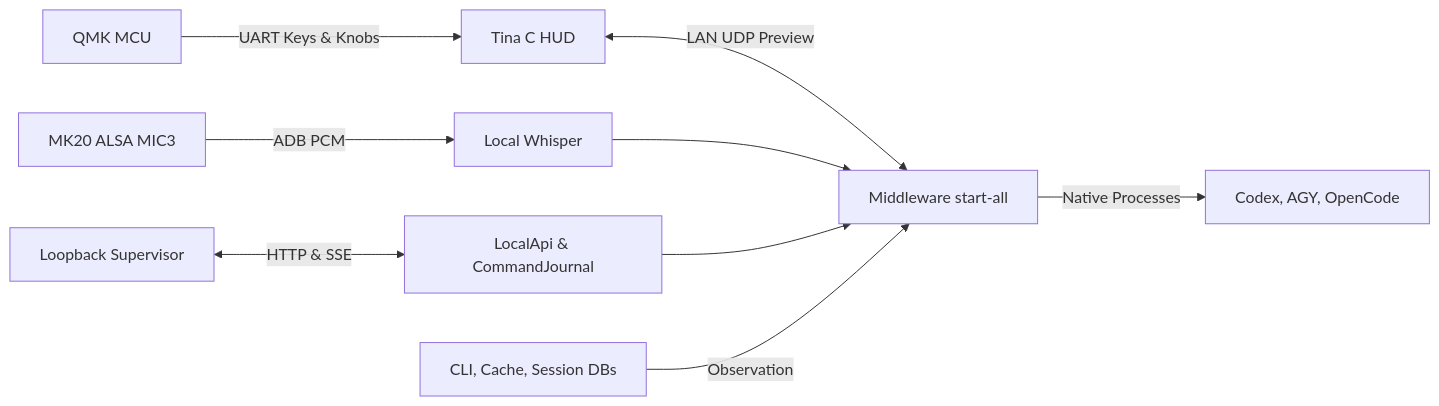
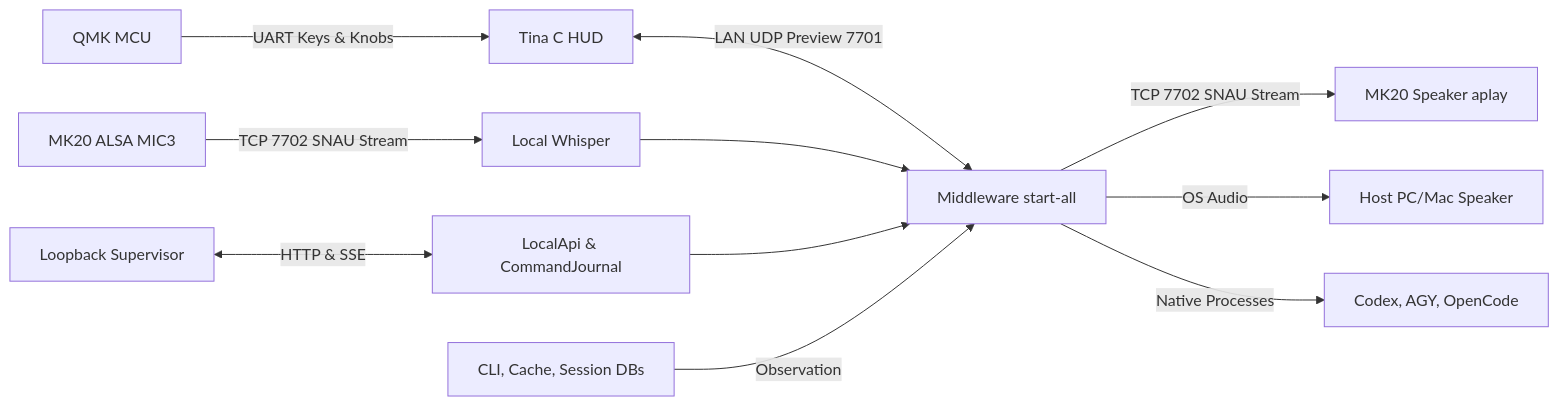
Before and after one commit to fkiller/Snowball_Control: the first of 2 diagrams in docs/ARCHITECTURE.md, drawn with Mermaid. The commit also changed other lines of this file and 10 other files, not shown here.

First line of the commit message:
feat(audio): native TCP streaming daemon (mk20-audio), zero-disk STT/TTS I/O, dual speaker routing with live volume scaling

````diff
--- a/docs/ARCHITECTURE.md
+++ b/docs/ARCHITECTURE.md
@@ -31,11 +32,13 @@
 ```mermaid
 flowchart LR
   QMK[QMK MCU] -->|UART Keys & Knobs| HUD[Tina C HUD]
-  HUD <-->|LAN UDP Preview| Daemon[Middleware start-all]
-  Mic[MK20 ALSA MIC3] -->|ADB PCM| STT[Local Whisper]
+  HUD <-->|LAN UDP Preview 7701| Daemon[Middleware start-all]
+  Mic[MK20 ALSA MIC3] -->|TCP 7702 SNAU Stream| STT[Local Whisper]
   STT --> Daemon
+  Daemon -->|TCP 7702 SNAU Stream| Spk[MK20 Speaker aplay]
+  Daemon -->|OS Audio| HostSpk[Host PC/Mac Speaker]
   UI[Loopback Supervisor] <-->|HTTP & SSE| API[LocalApi & CommandJournal]
   API --> Daemon
   Sources[CLI, Cache, Session DBs] -->|Observation| Daemon
   Daemon -->|Native Processes| Harness[Codex, AGY, OpenCode]
 ```
````
